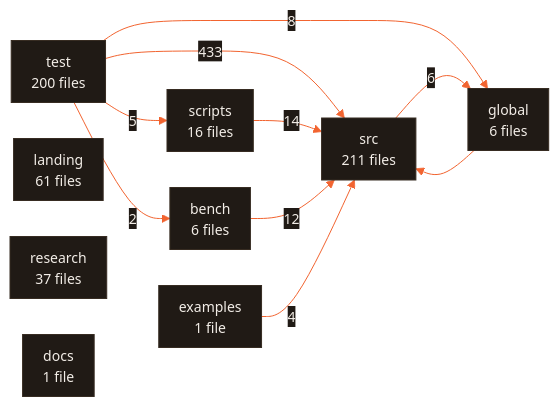
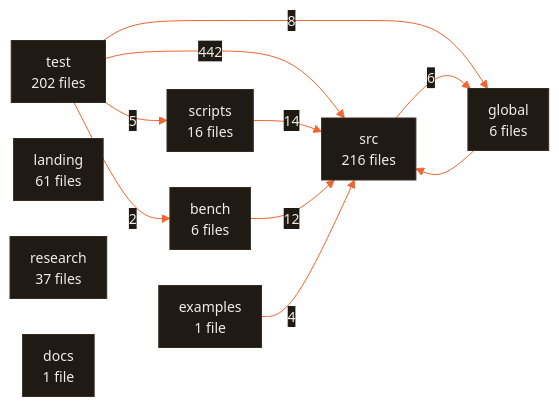
Before and after one commit to CodeWithJuber/forgekit: the diagram in ARCHITECTURE.md, drawn with Mermaid. The commit also changed 27 other files, not shown here.

````diff
--- a/ARCHITECTURE.md
+++ b/ARCHITECTURE.md
@@ -676,22 +676,22 @@
 ```mermaid
 %%{init: {'theme':'base','themeVariables':{'primaryColor':'#201a15','primaryTextColor':'#f2ede7','primaryBorderColor':'#372c22','lineColor':'#f26430','secondaryColor':'#272019','tertiaryColor':'#171310','edgeLabelBackground':'#201a15','clusterBkg':'#171310','clusterBorder':'#4a3b2e','fontFamily':'ui-sans-serif, system-ui, sans-serif','fontSize':'14px'},'flowchart':{'curve':'basis','padding':10,'nodeSpacing':36,'rankSpacing':44}}}%%
 flowchart LR
-  src["src<br/>211 files"]
-  test["test<br/>200 files"]
+  src["src<br/>216 files"]
+  test["test<br/>202 files"]
   landing["landing<br/>61 files"]
   research["research<br/>37 files"]
   scripts["scripts<br/>16 files"]
   bench["bench<br/>6 files"]
   global["global<br/>6 files"]
   docs["docs<br/>1 file"]
   examples["examples<br/>1 file"]
-  test -- 433 --> src
+  test -- 442 --> src
   scripts -- 14 --> src
   bench -- 12 --> src
   test -- 8 --> global
   src -- 6 --> global
   test -- 5 --> scripts
   examples -- 4 --> src
   test -- 2 --> bench
   global --> src
 ```
````
